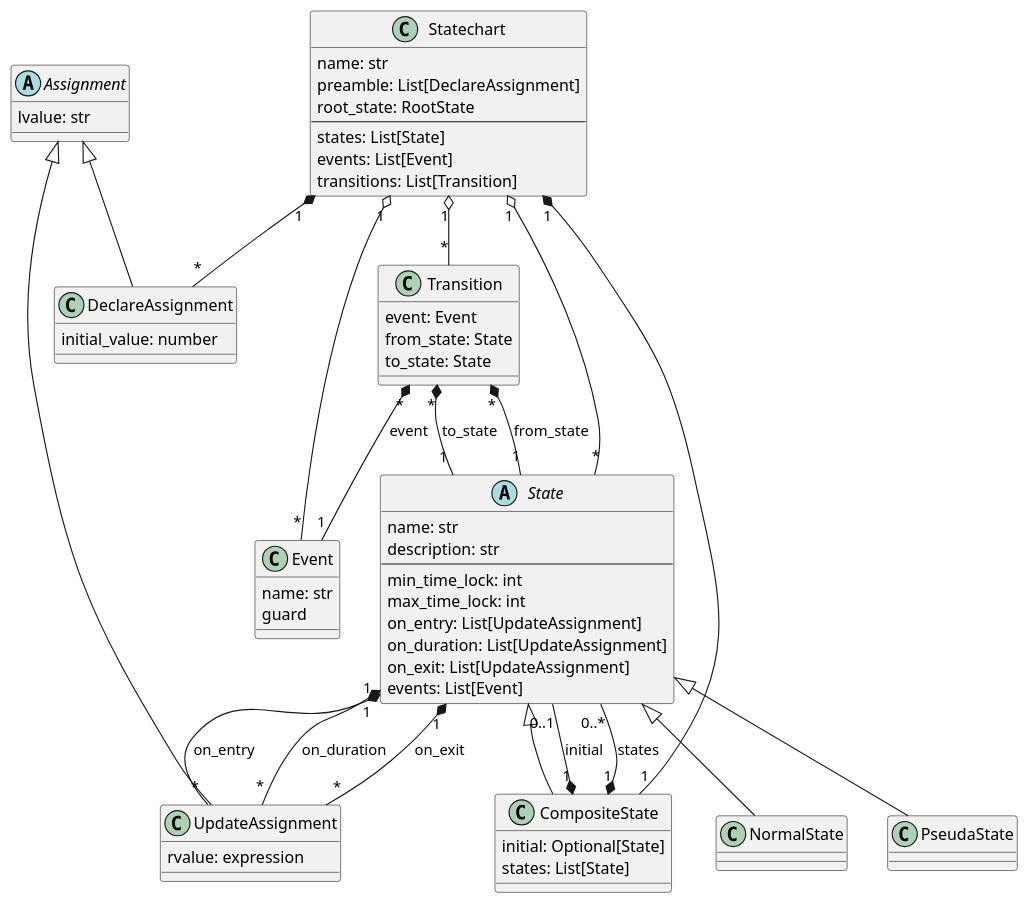
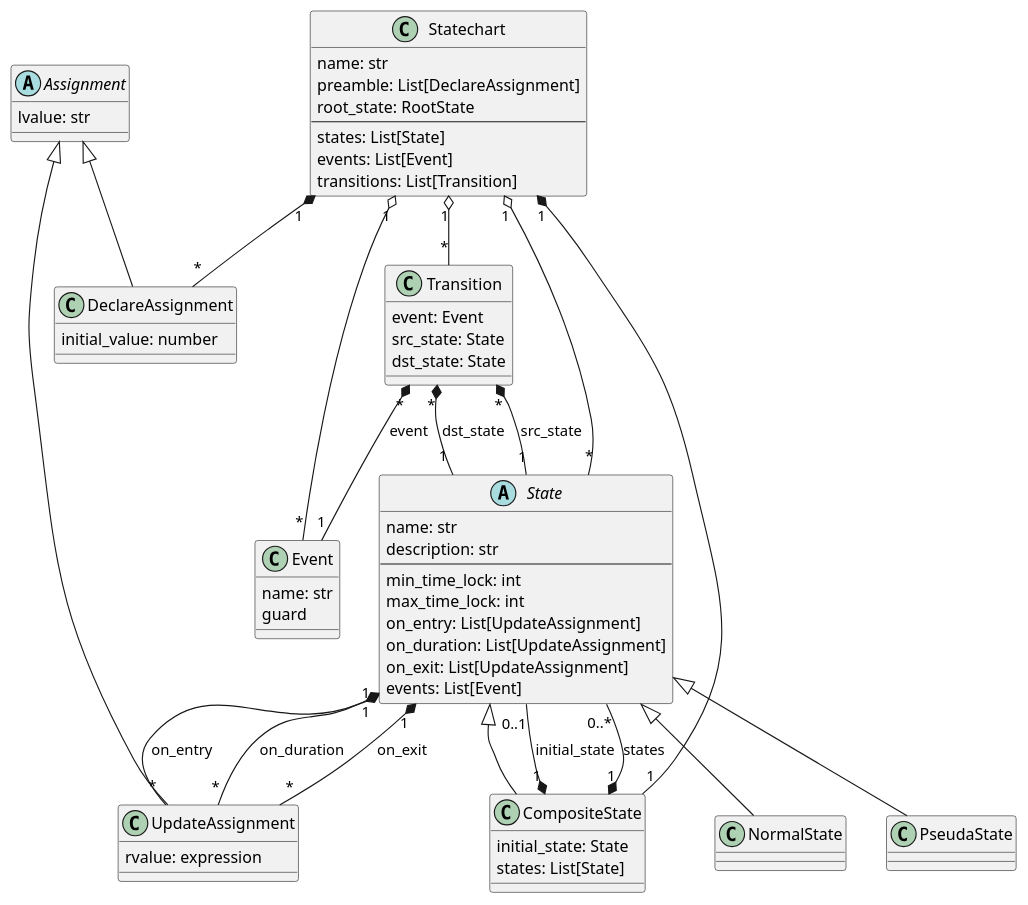
The diagram in docs/source/tutorials/quick_start/meta.puml (HansBug/pyfcstm), drawn with PlantUML before and after one commit.

Commit message:
dev(hansbug): update metamodel

```diff
--- a/docs/source/tutorials/quick_start/meta.puml
+++ b/docs/source/tutorials/quick_start/meta.puml
@@ -1,86 +1,86 @@
 @startuml
 
 abstract class State {
     name: str
     description: str
     ---
     min_time_lock: int
     max_time_lock: int
     on_entry: List[UpdateAssignment]
     on_duration: List[UpdateAssignment]
     on_exit: List[UpdateAssignment]
     events: List[Event]
 }
 
 State "1" *-- "*" UpdateAssignment: on_entry
 State "1" *-- "*" UpdateAssignment: on_duration
 State "1" *-- "*" UpdateAssignment: on_exit
 
 CompositeState -up-|> State
 
 class CompositeState {
-    initial: Optional[State]
+    initial_state: State
     states: List[State]
 }
 
-CompositeState "1" *-- "0..1" State : initial
+CompositeState "1" *-- "0..1" State : initial_state
 CompositeState "1" *-- "0..*" State : states
 
 NormalState -up-|> State
 
 class NormalState {
 }
 
 PseudaState -up-|> State
 
 class PseudaState {
 
 }
 
 class Event {
     name: str
     guard
 }
 
 class Transition {
     event: Event
-    from_state: State
-    to_state: State
+    src_state: State
+    dst_state: State
 }
-Transition "*" *-- "1" State : from_state
-Transition "*" *-- "1" State : to_state
+Transition "*" *-- "1" State : src_state
+Transition "*" *-- "1" State : dst_state
 Transition "*" *-- "1" Event : event
 
 class Statechart {
     name: str
     preamble: List[DeclareAssignment]
     root_state: RootState
     ---
     states: List[State]
     events: List[Event]
     transitions: List[Transition]
 }
 
 Statechart "1" *-- "*" DeclareAssignment
 Statechart "1" *-- "1" CompositeState
 Statechart "1" o-- "*" State
 Statechart "1" o-- "*" Event
 Statechart "1" o-- "*" Transition
 
 abstract class Assignment {
     lvalue: str
 }
 
 class DeclareAssignment {
     initial_value: number
 }
 
 DeclareAssignment -up-|> Assignment
 
 class UpdateAssignment {
     rvalue: expression
 }
 
 UpdateAssignment -up-|> Assignment
 
 @enduml
```
